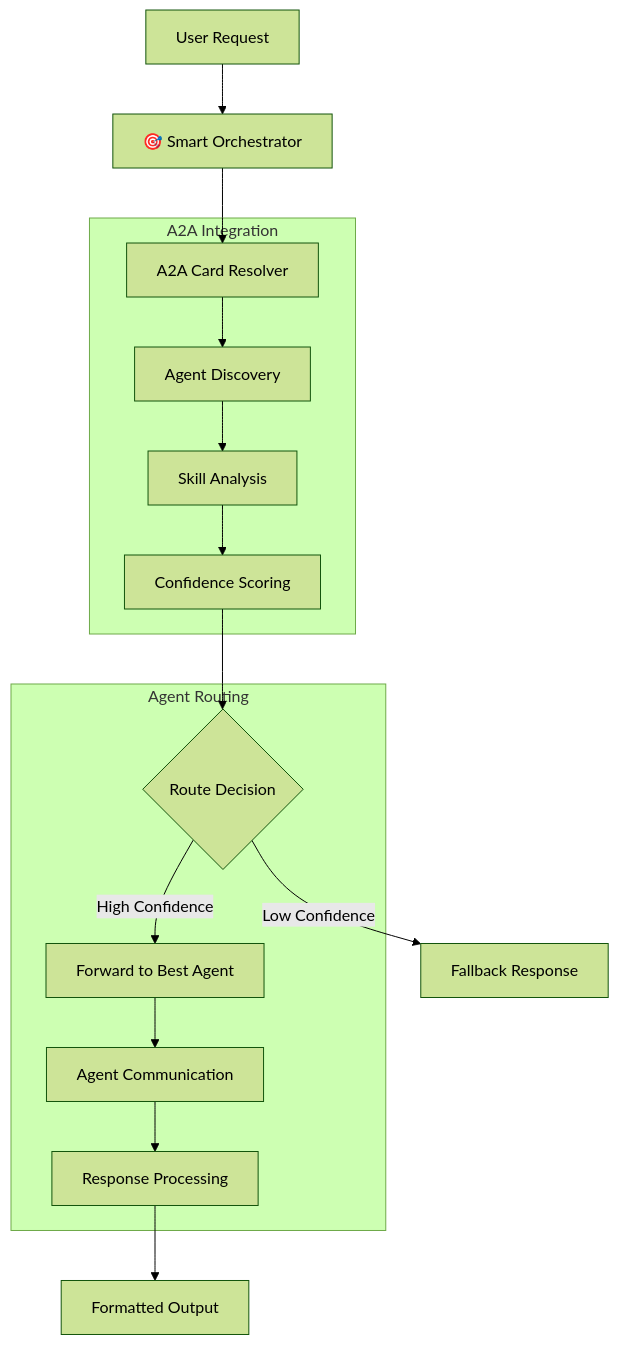
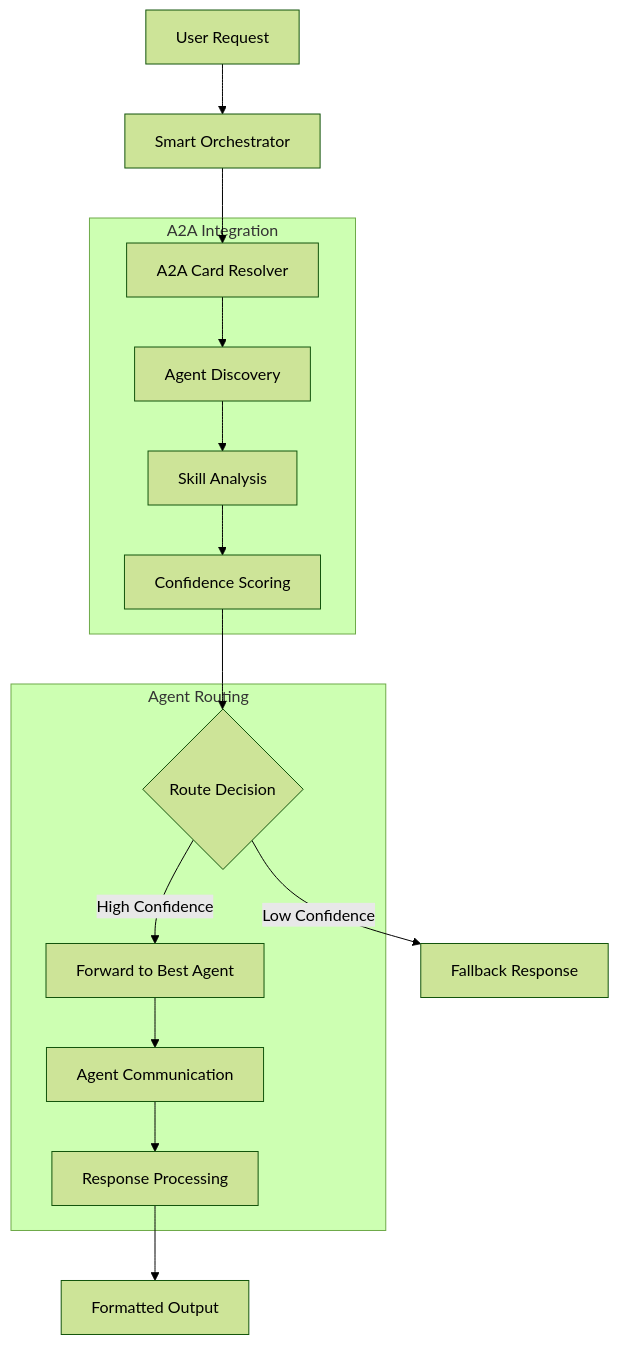
Before and after one commit to nayanika2304/multi-agent-orchestration: the diagram in orchestrator/README.md, drawn with Mermaid (forest theme). The commit also changed other lines of this file and 17 other files, not shown here.

````diff
--- a/orchestrator/README.md
+++ b/orchestrator/README.md
@@ -25,30 +25,30 @@
 ```mermaid
 graph TD
-    A[User Request] --> B[🎯 Smart Orchestrator]
+    A[User Request] --> B[ Smart Orchestrator]
     B --> C[A2A Card Resolver]
     C --> D[Agent Discovery]
     D --> E[Skill Analysis]
     E --> F[Confidence Scoring]
     F --> G{Route Decision}
     
     G -->|High Confidence| H[Forward to Best Agent]
     G -->|Low Confidence| I[Fallback Response]
     
     H --> J[Agent Communication]
     J --> K[Response Processing]
     K --> L[Formatted Output]
     
     subgraph "A2A Integration"
         C
         D
         E
         F
     end
     
     subgraph "Agent Routing"
         G
         H
         J
         K
     end
 ```
````
